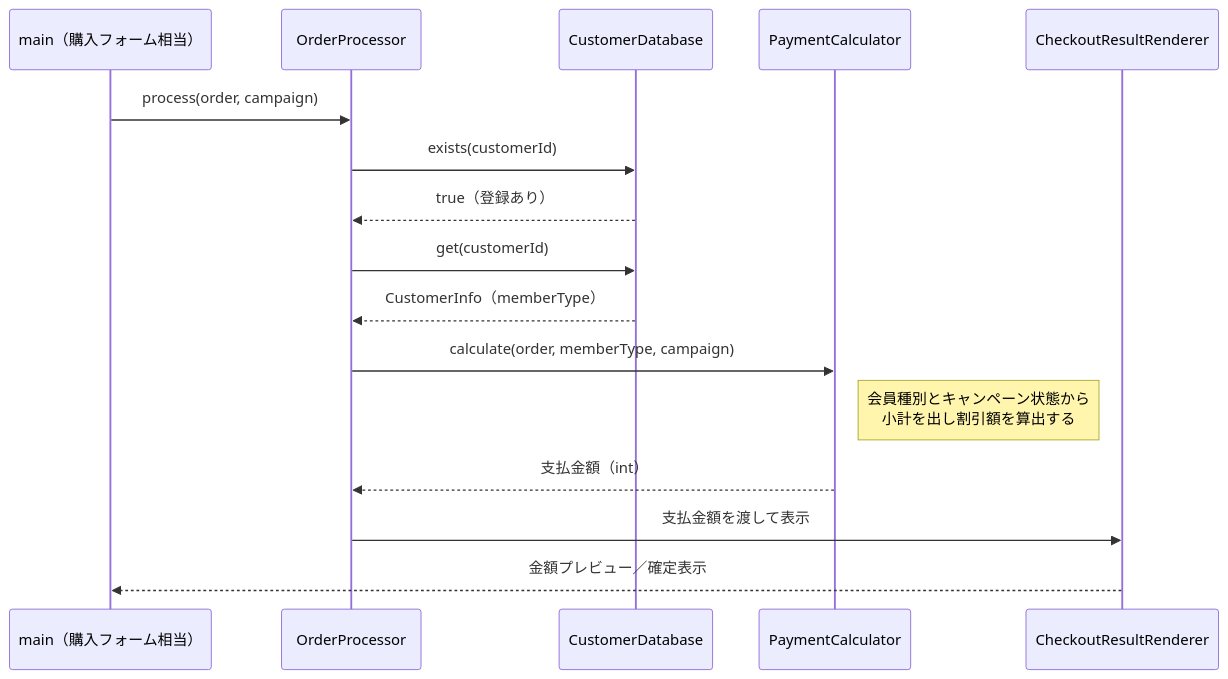
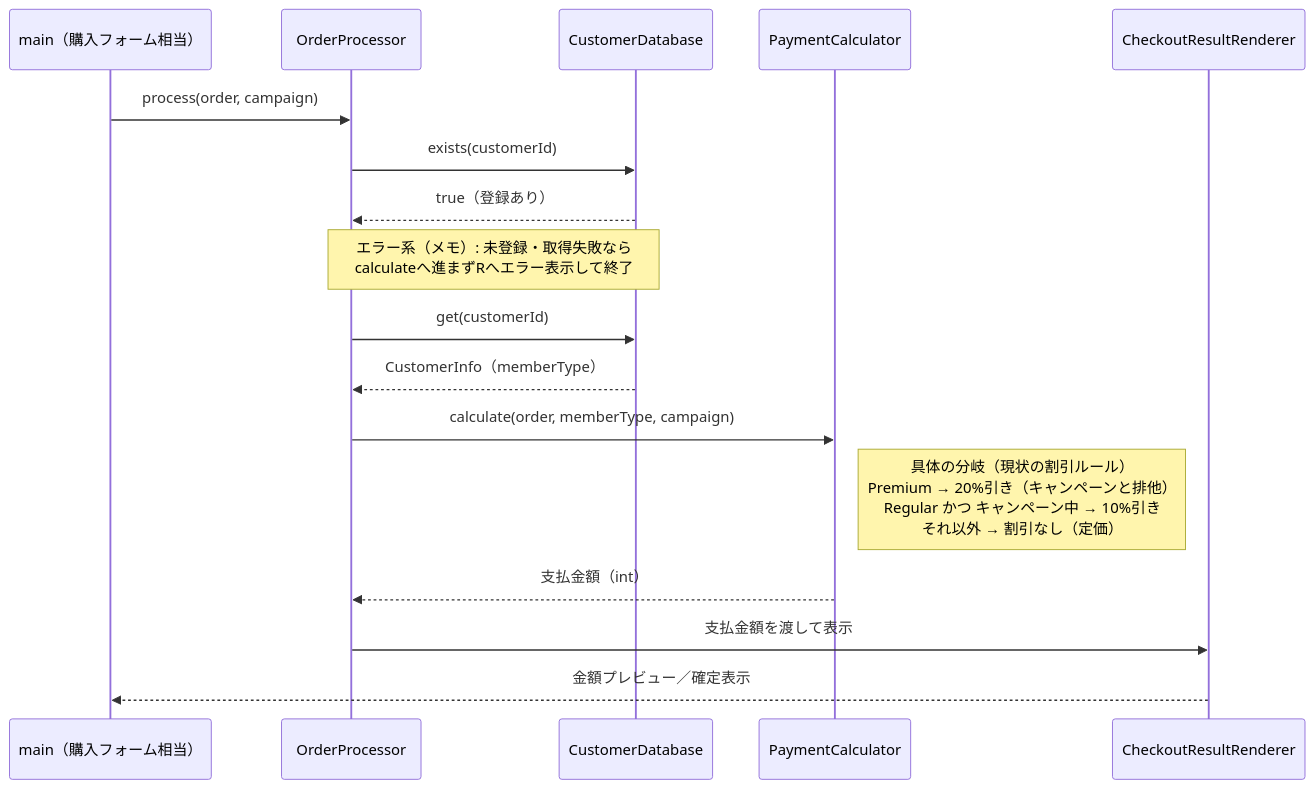
Before and after one commit to kumachan1101-pixel/DesignPattern: the fourth of 13 diagrams in kindle/design-patterns/output/chapter01.md, drawn with Mermaid. The commit also changed other lines of this file, not shown here.

First line of the commit message:
シーケンス図(確定形改訂): エラー系はメモ、具体の割引分岐を明示

````diff
--- a/kindle/design-patterns/output/chapter01.md
+++ b/kindle/design-patterns/output/chapter01.md
@@ -256,18 +256,19 @@
 ```mermaid
 sequenceDiagram
     participant Main as main（購入フォーム相当）
     participant OP as OrderProcessor
     participant DB as CustomerDatabase
     participant PC as PaymentCalculator
     participant R as CheckoutResultRenderer
     Main->>OP: process(order, campaign)
     OP->>DB: exists(customerId)
     DB-->>OP: true（登録あり）
+    Note over OP,DB: エラー系（メモ）: 未登録・取得失敗なら<br>calculateへ進まずRへエラー表示して終了
     OP->>DB: get(customerId)
     DB-->>OP: CustomerInfo（memberType）
     OP->>PC: calculate(order, memberType, campaign)
-    Note right of PC: 会員種別とキャンペーン状態から<br>小計を出し割引額を算出する
+    Note right of PC: 具体の分岐（現状の割引ルール）<br>Premium → 20%引き（キャンペーンと排他）<br>Regular かつ キャンペーン中 → 10%引き<br>それ以外 → 割引なし（定価）
     PC-->>OP: 支払金額（int）
     OP->>R: 支払金額を渡して表示
     R-->>Main: 金額プレビュー／確定表示
 ```
````
